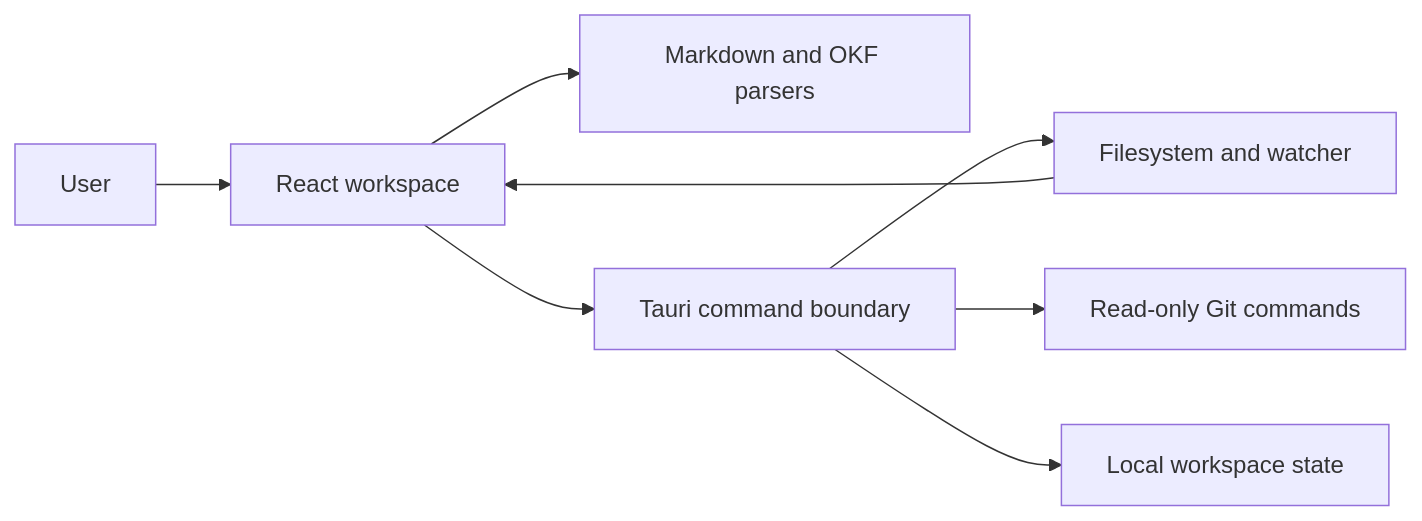
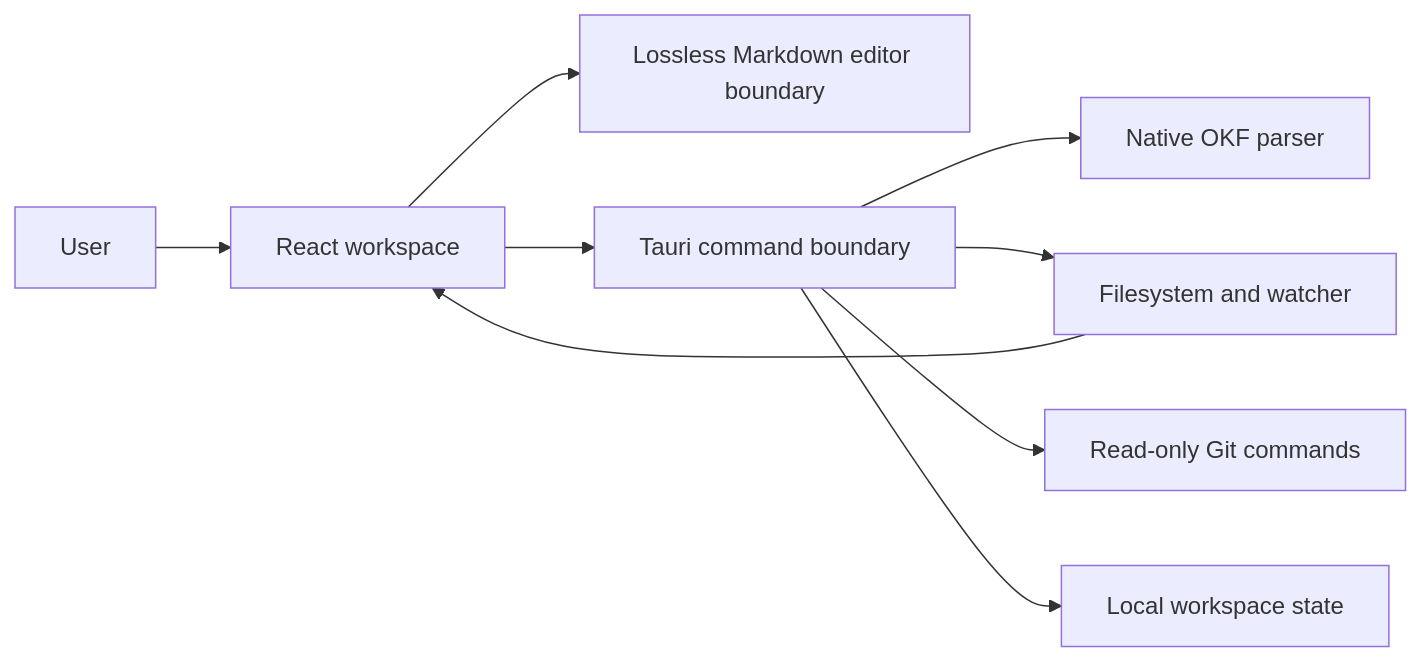
Before and after one commit to lfnovo/construct: the diagram in docs/architecture.md, drawn with Mermaid. The commit also changed other lines of this file and 26 other files, not shown here.

Commit message:
feat(okf): add native compatibility layer

````diff
--- a/docs/architecture.md
+++ b/docs/architecture.md
@@ -7,10 +7,11 @@
 ```mermaid
 flowchart LR
     U[User] --> R[React workspace]
-    R --> P[Markdown and OKF parsers]
+    R --> P[Lossless Markdown editor boundary]
     R --> T[Tauri command boundary]
+    T --> O[Native OKF parser]
     T --> F[Filesystem and watcher]
     T --> G[Read-only Git commands]
     T --> S[Local workspace state]
     F --> R
 ```
````
